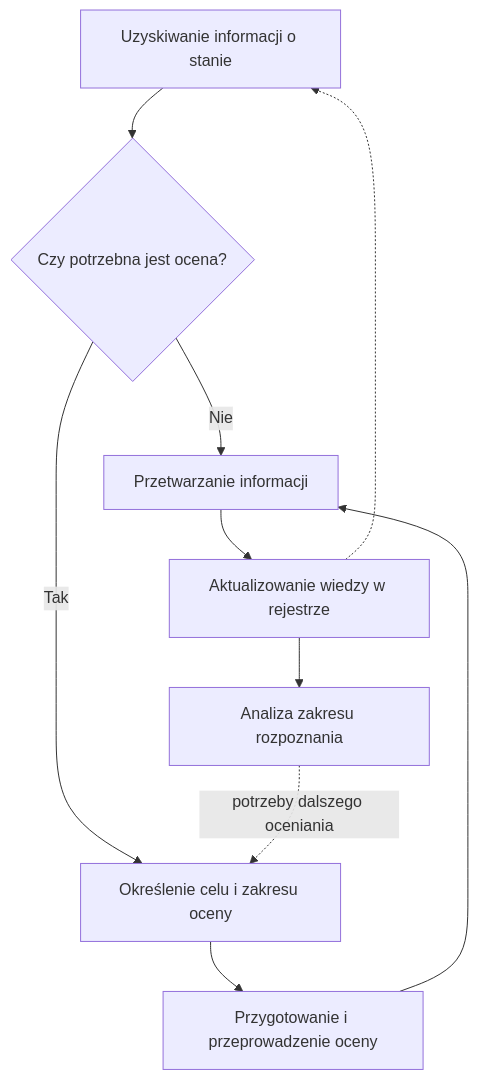
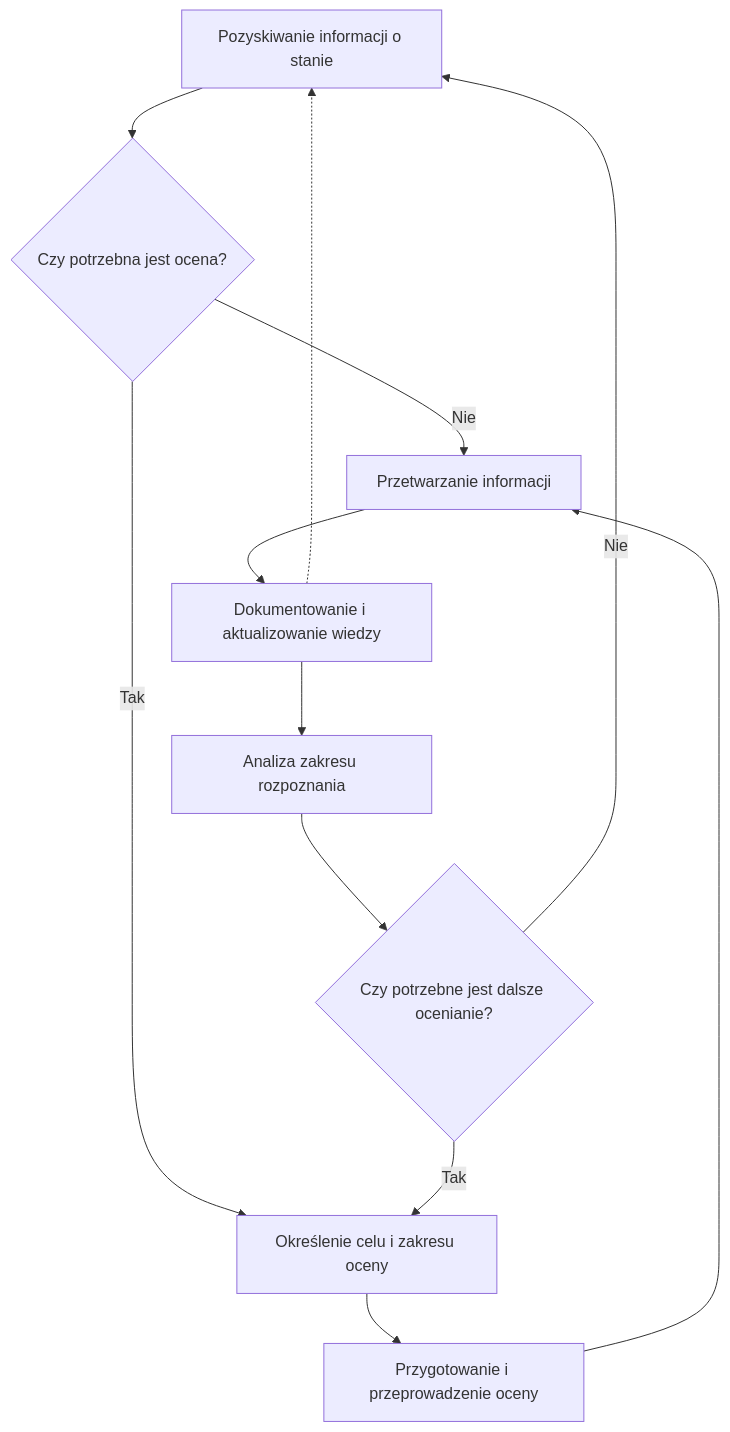
One commit to zwiastunsw/sdc changed the diagram in documentation/docs/cykltik/obserwowanie-i-ocenianie-dostepnosci-i-zgodnosci/procedura-obserwowania-i-oceniania-stanu-dostepnosci-i-zgodnosci.md. Above: the diagram before and after it, drawn with Mermaid. The commit also changed other lines of this file and 10 other files, not shown here.

````diff
--- a/documentation/docs/cykltik/obserwowanie-i-ocenianie-dostepnosci-i-zgodnosci/procedura-obserwowania-i-oceniania-stanu-dostepnosci-i-zgodnosci.md
+++ b/documentation/docs/cykltik/obserwowanie-i-ocenianie-dostepnosci-i-zgodnosci/procedura-obserwowania-i-oceniania-stanu-dostepnosci-i-zgodnosci.md
@@ -161,17 +245,19 @@
 ```mermaid
 flowchart TD
-    A[Uzyskiwanie informacji o stanie] --> B{Czy potrzebna jest ocena?}
+    A[Pozyskiwanie informacji o stanie] --> B{Czy potrzebna jest ocena?}
 
     B -->|Nie| F[Przetwarzanie informacji]
     B -->|Tak| C[Określenie celu i zakresu oceny]
 
     C --> D[Przygotowanie i przeprowadzenie oceny]
     D --> F
 
-    F --> G[Aktualizowanie wiedzy w rejestrze]
+    F --> G[Dokumentowanie i aktualizowanie wiedzy]
     G --> H[Analiza zakresu rozpoznania]
 
-    H -.->|potrzeby dalszego oceniania| C
+    H --> I{Czy potrzebne jest dalsze ocenianie?}
+    I -->|Tak| C
+    I -->|Nie| A
 
     G -.-> A
 ```
````
